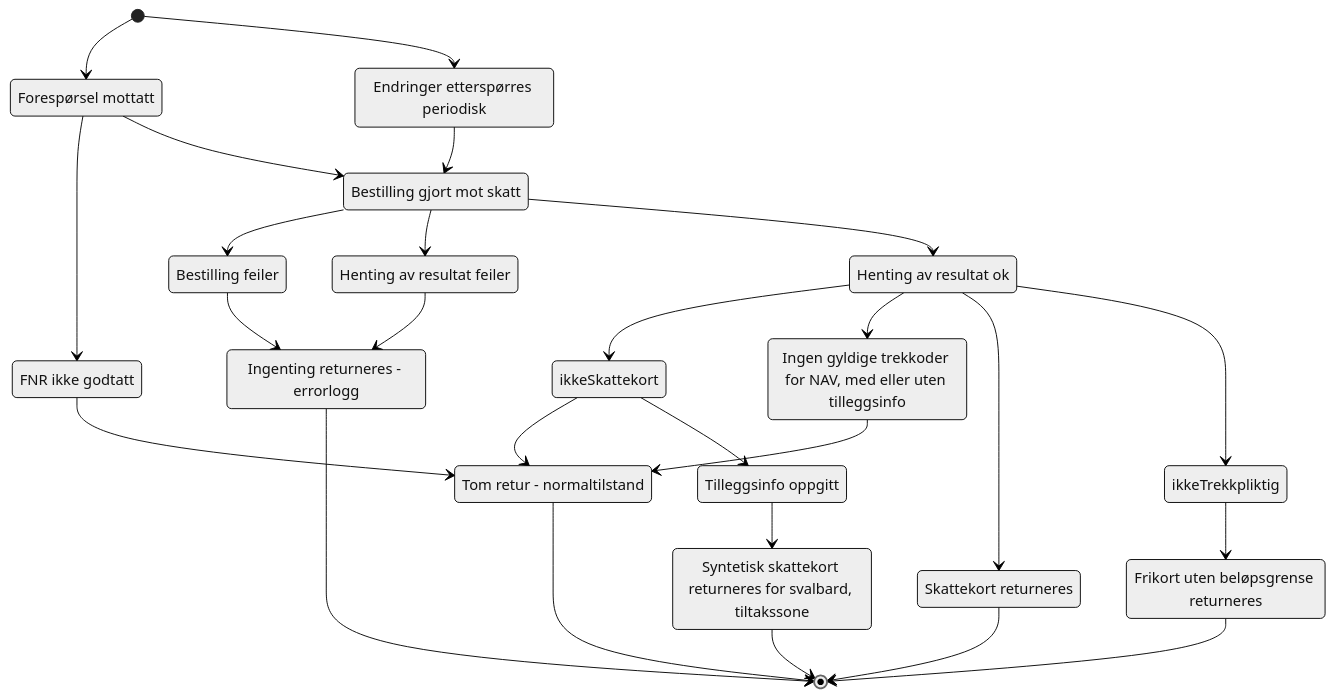
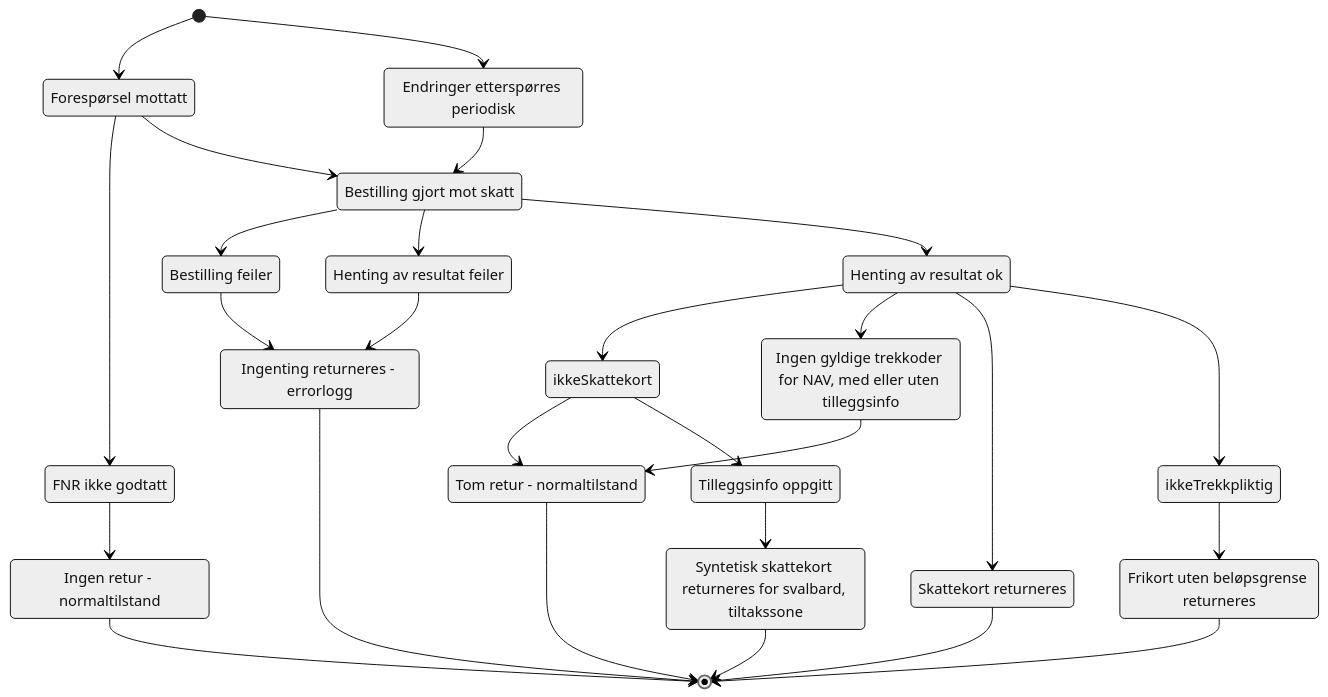
One commit to navikt/sokos-skattekort changed the diagram in dokumentasjon/arkitektur/returer.md. Above: the diagram before and after it, drawn with Mermaid (neutral theme).

Commit message:
TOB-5751: Dokumentasjon av resultatmatrise

````diff
--- a/dokumentasjon/arkitektur/returer.md
+++ b/dokumentasjon/arkitektur/returer.md
@@ -3,45 +3,47 @@
 ```mermaid
 stateDiagram-v2
     state "Forespørsel mottatt" as fm
     state "Endringer etterspørres periodisk" as endring
     state "FNR ikke godtatt" as not_fnr
+    state "Ingen retur - normaltilstand" as ingen_retur
     state "Tom retur - normaltilstand" as tomt_normal
     state "Bestilling gjort mot skatt" as best_sendt
     state "Bestilling feiler" as best_feiler
     state "Ingenting returneres - errorlogg" as error
     state "Henting av resultat feiler" as henting_feiler
     state "Henting av resultat ok" as henting_ok
     state "Ingen gyldige trekkoder for NAV, med eller uten tilleggsinfo" as tomt_kanskje_tillegg
     state "ikkeSkattekort" as ikkeSkattekort
     state "ikkeTrekkpliktig" as ikkeTrekkplikt
     state "Tilleggsinfo oppgitt" as tomt_med_tillegg
     state "Syntetisk skattekort returneres for svalbard, tiltakssone" as synt
     state "Frikort uten beløpsgrense returneres" as synt_frikort
     state "Skattekort returneres" as retur
 
     [*] --> fm
     [*] --> endring
     endring --> best_sendt
     fm --> not_fnr
-    not_fnr --> tomt_normal
+    not_fnr --> ingen_retur
     fm --> best_sendt
     best_sendt --> best_feiler
     best_feiler --> error
     best_sendt --> henting_feiler
     henting_feiler --> error
     best_sendt --> henting_ok
     henting_ok --> ikkeSkattekort
     ikkeSkattekort --> tomt_normal
     henting_ok --> tomt_kanskje_tillegg
     tomt_kanskje_tillegg --> tomt_normal
     ikkeSkattekort --> tomt_med_tillegg
     tomt_med_tillegg --> synt
     henting_ok --> retur
     henting_ok --> ikkeTrekkplikt
     ikkeTrekkplikt --> synt_frikort
     tomt_normal --> [*]
     error --> [*]
     retur --> [*]
     synt --> [*]
     synt_frikort --> [*]
+    ingen_retur --> [*]
 ```
````
